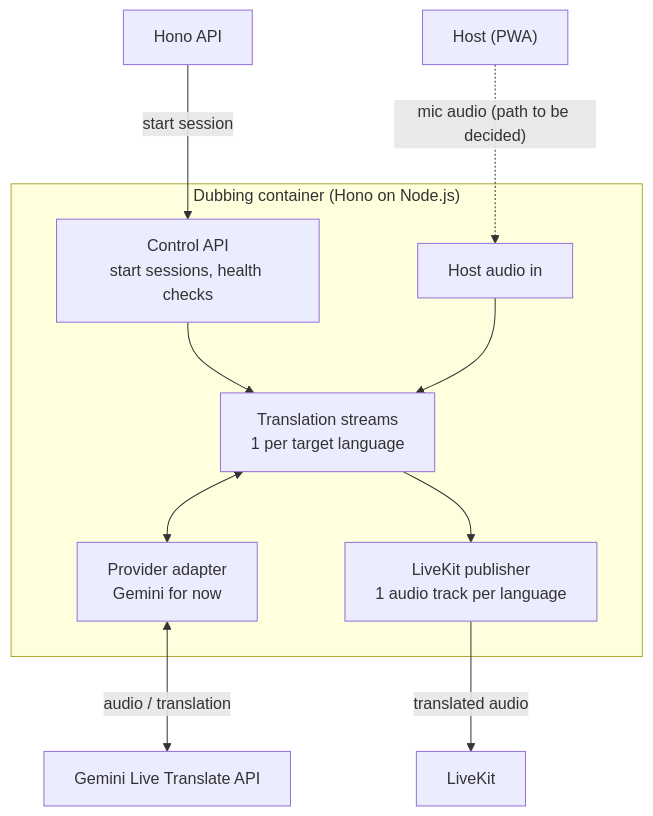
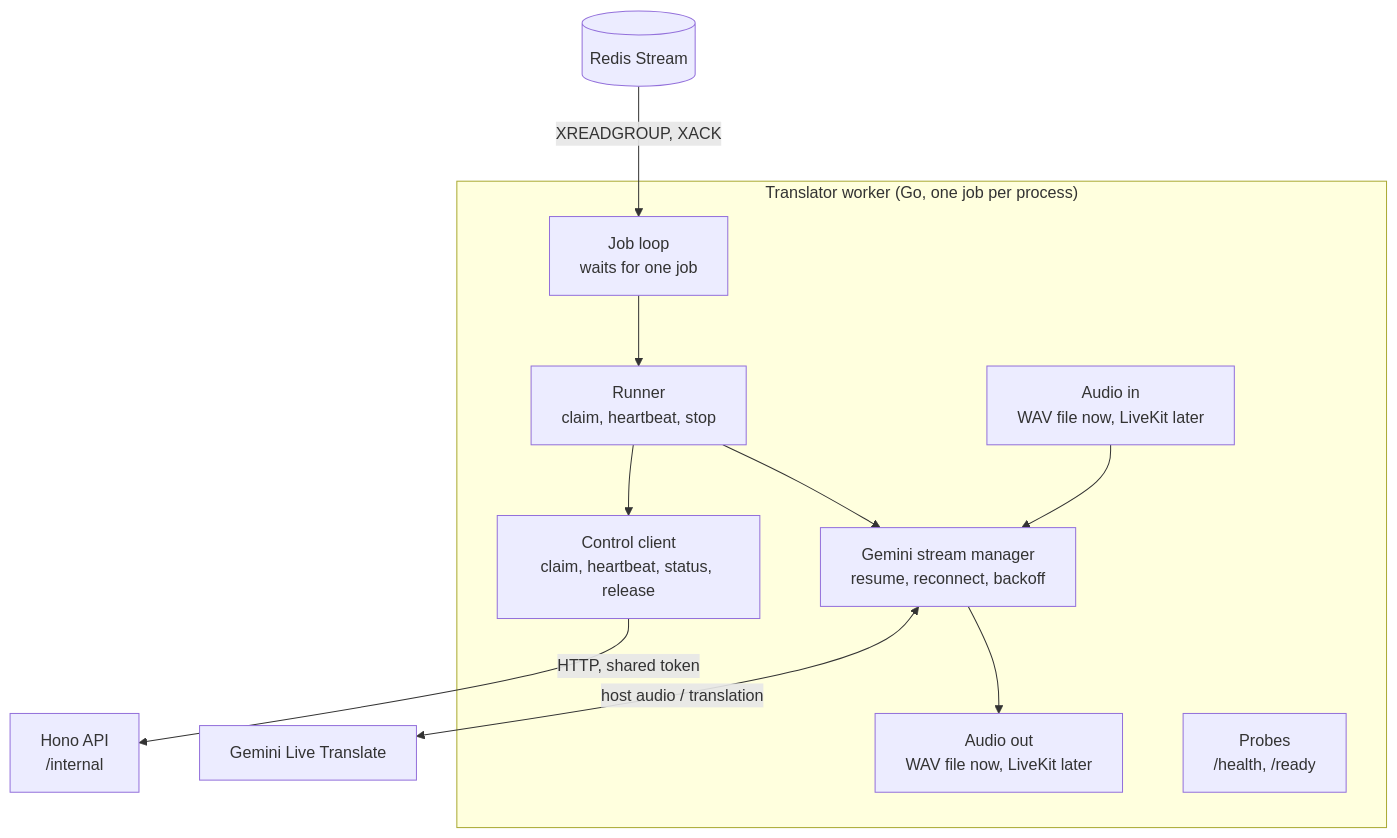
Before and after one commit to WH1TE-SHAD0W/ai-dubbing-studio: the sixth of 8 diagrams in docs/architecture-layers.md, drawn with Mermaid. The commit also changed other lines of this file and 1 other file, not shown here.

First line of the commit message:
docs: architecture pages describe the translator workers, Redis and sessions

````diff
--- a/docs/architecture-layers.md
+++ b/docs/architecture-layers.md
@@ -91,26 +249,26 @@
 ```mermaid
-%%{init: {"flowchart": {"nodeSpacing": 70, "rankSpacing": 70}}}%%
+%%{init: {"flowchart": {"nodeSpacing": 60, "rankSpacing": 70}}}%%
 flowchart TB
-  API["Hono API"]
-  Host["Host (PWA)"]
+  Q[("Redis Stream")]
+  API["Hono API<br/>/internal"]
+  G["Gemini Live Translate"]
 
-  subgraph Container["Dubbing container (Hono on Node.js)"]
-    Control["Control API<br/>start sessions, health checks"]
-    Ingest["Host audio in"]
-    Streams["Translation streams<br/>1 per target language"]
-    Adapter["Provider adapter<br/>Gemini for now"]
-    Publisher["LiveKit publisher<br/>1 audio track per language"]
+  subgraph Worker["Translator worker (Go, one job per process)"]
+    Loop["Job loop<br/>waits for one job"]
+    Runner["Runner<br/>claim, heartbeat, stop"]
+    Control["Control client<br/>claim, heartbeat, status, release"]
+    Manager["Gemini stream manager<br/>resume, reconnect, backoff"]
+    Source["Audio in<br/>WAV file now, LiveKit later"]
+    Sink["Audio out<br/>WAV file now, LiveKit later"]
+    Probes["Probes<br/>/health, /ready"]
   end
 
-  Gemini["Gemini Live Translate API"]
-  SFU["LiveKit"]
-
-  API -- "start session" --> Control
-  Host -. "mic audio (path to be decided)" .-> Ingest
-  Control --> Streams
-  Ingest --> Streams
-  Streams <--> Adapter
-  Adapter <-- "audio / translation" --> Gemini
-  Streams --> Publisher
-  Publisher -- "translated audio" --> SFU
+  Q -- "XREADGROUP, XACK" --> Loop
+  Loop --> Runner
+  Runner --> Control
+  Control -- "HTTP, shared token" --> API
+  Runner --> Manager
+  Source --> Manager
+  Manager <-- "host audio / translation" --> G
+  Manager --> Sink
 ```
````
